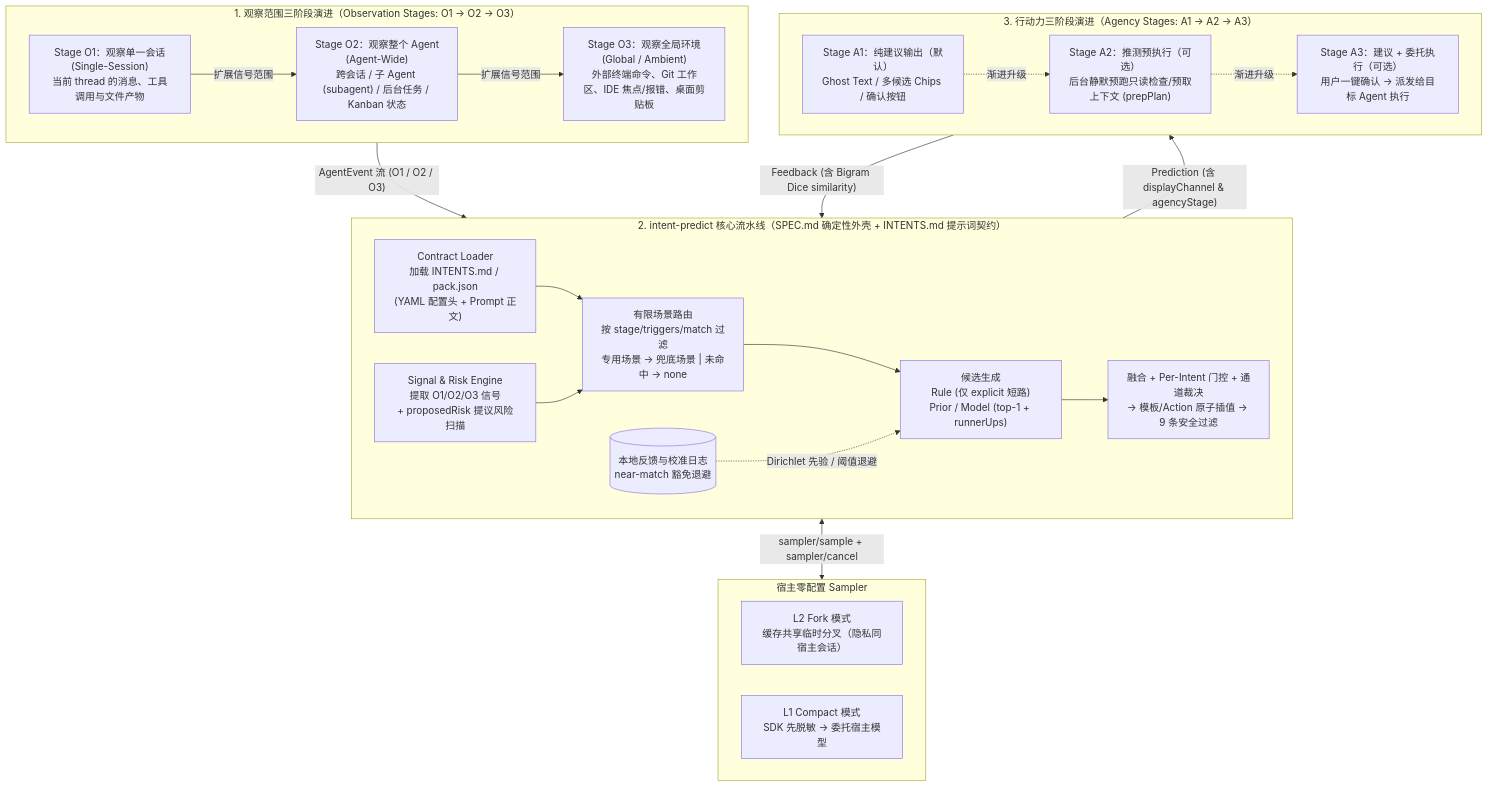
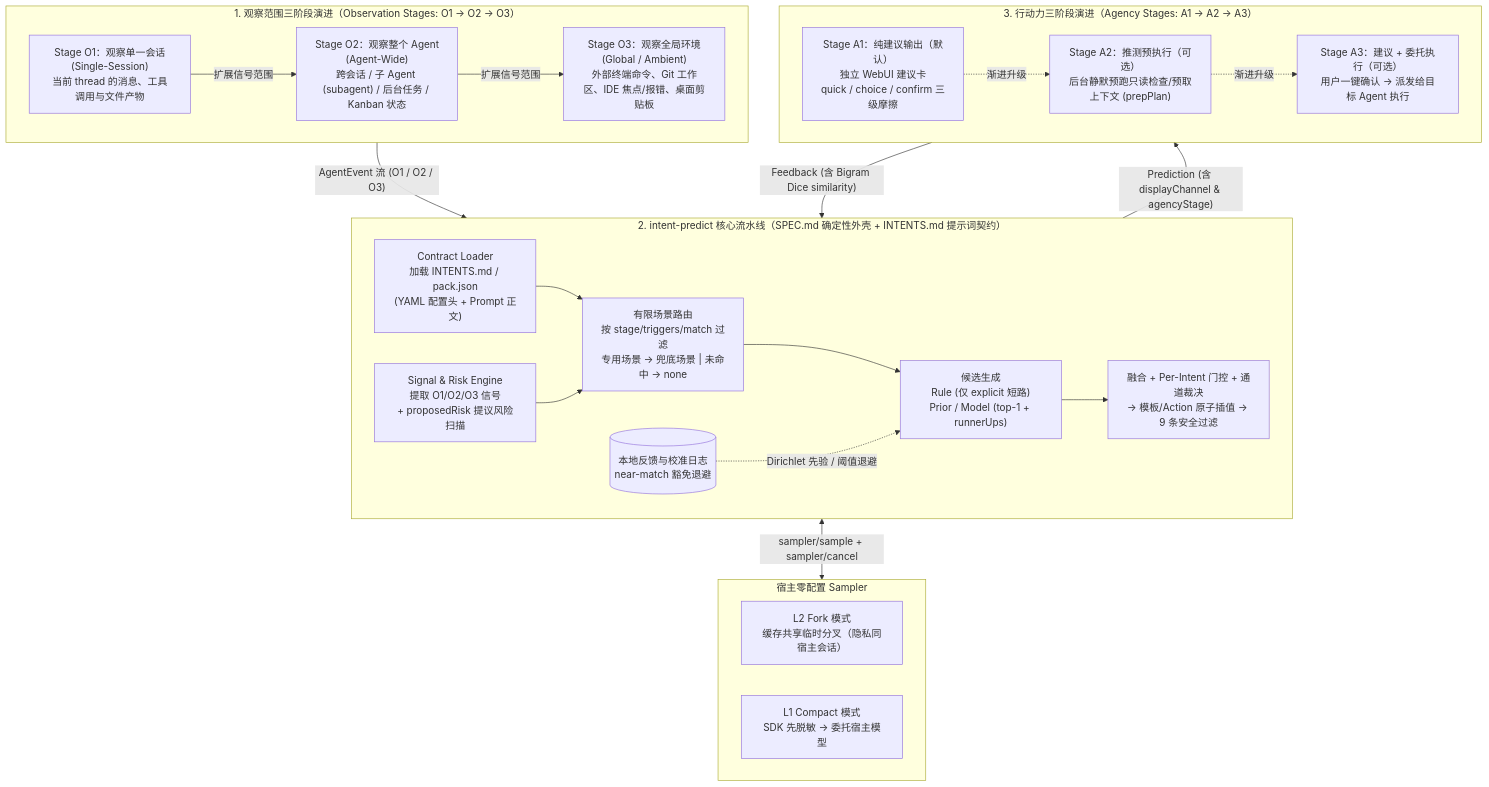
Before and after one commit to susyimes/intent-predict: the first of 3 diagrams in docs/design.md, drawn with Mermaid. The commit also changed other lines of this file and 13 other files, not shown here.

Commit message:
feat(spec): fully decouple from host composer with independent Web UI (quick/choice/confirm tiers, dispatch modes, Phase 1 mockup)

````diff
--- a/docs/design.md
+++ b/docs/design.md
@@ -126,41 +126,41 @@
 ```mermaid
 flowchart TB
   subgraph Obs["1. 观察范围三阶段演进（Observation Stages: O1 → O2 → O3）"]
     direction LR
     O1["Stage O1：观察单一会话<br/>(Single-Session)<br/>当前 thread 的消息、工具调用与文件产物"]
     O2["Stage O2：观察整个 Agent<br/>(Agent-Wide)<br/>跨会话 / 子 Agent (subagent) / 后台任务 / Kanban 状态"]
     O3["Stage O3：观察全局环境<br/>(Global / Ambient)<br/>外部终端命令、Git 工作区、IDE 焦点/报错、桌面剪贴板"]
     O1 -->|"扩展信号范围"| O2 -->|"扩展信号范围"| O3
   end
 
   subgraph Core["2. intent-predict 核心流水线（SPEC.md 确定性外壳 + INTENTS.md 提示词契约）"]
     direction LR
     LD["Contract Loader<br/>加载 INTENTS.md / pack.json<br/>(YAML 配置头 + Prompt 正文)"]
     ST["Signal & Risk Engine<br/>提取 O1/O2/O3 信号<br/>+ proposedRisk 提议风险扫描"]
     SR["有限场景路由<br/>按 stage/triggers/match 过滤<br/>专用场景 → 兜底场景 | 未命中 → none"]
     CS["候选生成<br/>Rule (仅 explicit 短路)<br/>Prior / Model (top-1 + runnerUps)"]
     FG["融合 + Per-Intent 门控 + 通道裁决<br/>→ 模板/Action 原子插值 → 9 条安全过滤"]
     FB[("本地反馈与校准日志<br/>near-match 豁免退避")]
     LD --> SR
     ST --> SR --> CS --> FG
     FB -.->|"Dirichlet 先验 / 阈值退避"| CS
   end
 
   subgraph HostModel["宿主零配置 Sampler"]
     S_FORK["L2 Fork 模式<br/>缓存共享临时分叉（隐私同宿主会话）"]
     S_COMP["L1 Compact 模式<br/>SDK 先脱敏 → 委托宿主模型"]
   end
 
   subgraph Agency["3. 行动力三阶段演进（Agency Stages: A1 → A2 → A3）"]
     direction LR
-    A1["Stage A1：纯建议输出（默认）<br/>Ghost Text / 多候选 Chips / 确认按钮"]
+    A1["Stage A1：纯建议输出（默认）<br/>独立 WebUI 建议卡<br/>quick / choice / confirm 三级摩擦"]
     A2["Stage A2：推测预执行（可选）<br/>后台静默预跑只读检查/预取上下文 (prepPlan)"]
     A3["Stage A3：建议 + 委托执行（可选）<br/>用户一键确认 → 派发给目标 Agent 执行"]
     A1 -.->|"渐进升级"| A2 -.->|"渐进升级"| A3
   end
 
   Obs -->|"AgentEvent 流 (O1 / O2 / O3)"| ST
   CS <-->|"sampler/sample + sampler/cancel"| HostModel
   FG -->|"Prediction (含 displayChannel & agencyStage)"| Agency
   Agency -->|"Feedback (含 Bigram Dice similarity)"| FB
 ```
````
